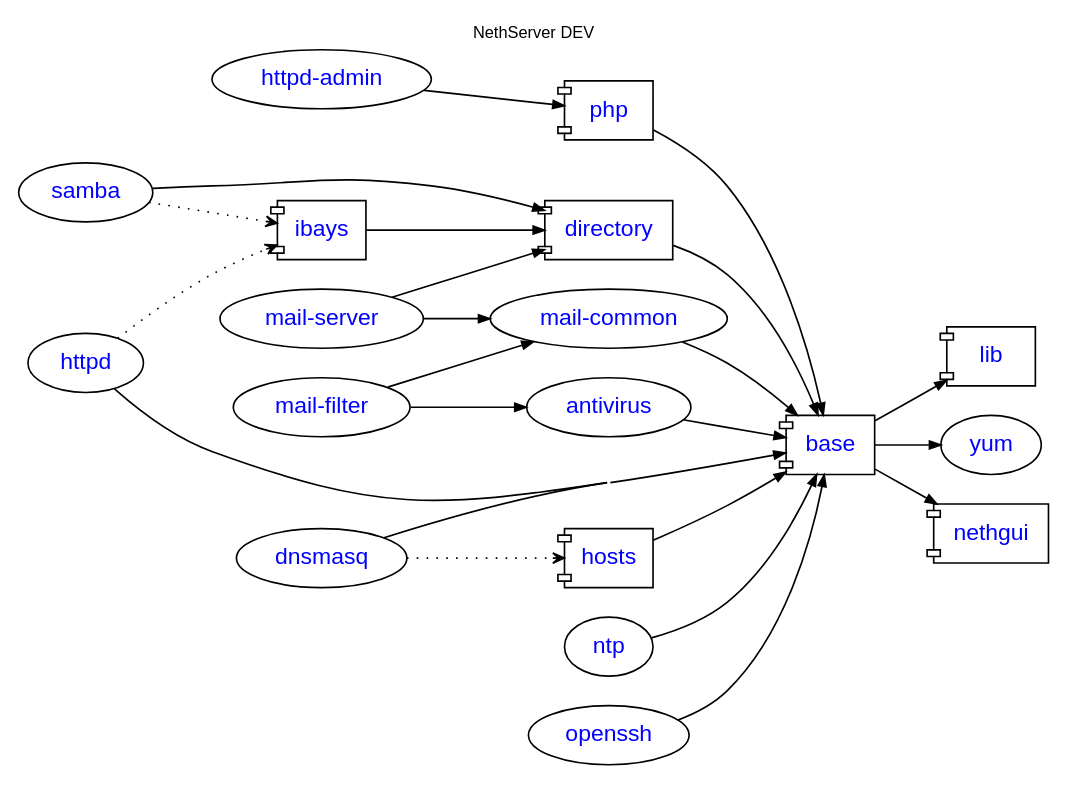
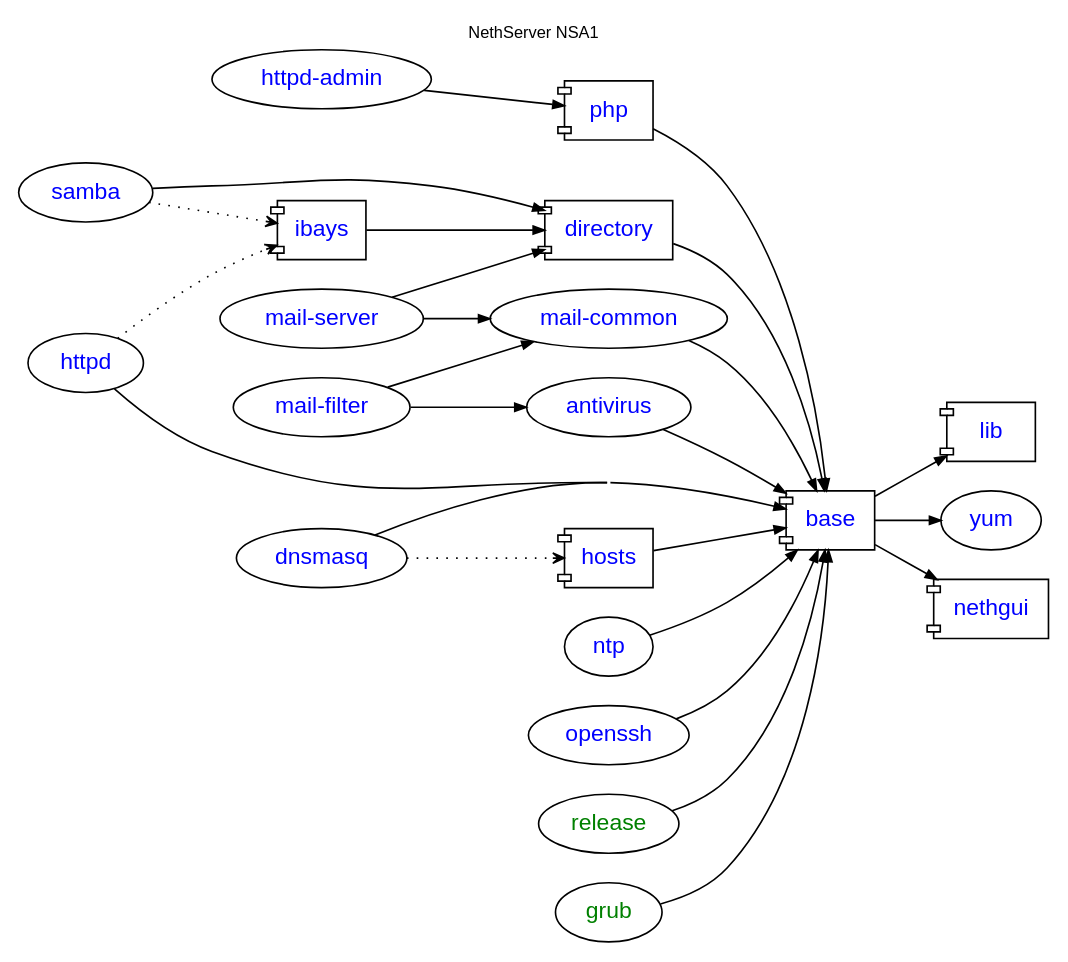
One commit to nethesis/dev-nethesis-it changed the diagram in nethserver/package-dependencies.dot. Above: the diagram before and after it, drawn with Graphviz. The commit also changed 1 other file, not shown here.

Commit message:
package-dependencies.dot: Added release and grub nodes

```diff
--- a/nethserver/package-dependencies.dot
+++ b/nethserver/package-dependencies.dot
@@ -1,50 +1,54 @@
-digraph DEV {
-    rankdir = "LR"; compound = true; concentrate = true; fontname = "Helvetica"; fontnames="svg"; fontsize=10.0; label="NethServer DEV"; labelloc = "t"
+digraph NSA1 {
+    rankdir = "LR"; compound = true; concentrate = true; fontname = "Helvetica"; fontnames="svg"; fontsize=10.0; label="NethServer NSA1"; labelloc = "t"
 
     node [shape="oval",fontname="Helvetica"];
     edge [arrowsize=0.7];
 
     httpd_admin [fontcolor=blue,label="httpd-admin",URL="http://dev.nethesis.it/projects/nethserver-httpd-admin"];
     base [fontcolor=blue,URL="http://dev.nethesis.it/projects/nethserver-base",shape="component"];
     directory [fontcolor=blue,URL="http://dev.nethesis.it/projects/nethserver-directory",shape="component"];    
     samba [fontcolor=blue,URL="http://dev.nethesis.it/projects/nethserver-samba"];    
     ibays [fontcolor=blue,URL="http://dev.nethesis.it/projects/nethserver-ibays",shape="component"];    
     lib [fontcolor=blue,URL="http://dev.nethesis.it/projects/nethserver-lib",shape="component"];    
     httpd [fontcolor=blue,URL="http://dev.nethesis.it/projects/nethserver-httpd"];    
     hosts [fontcolor=blue,URL="http://dev.nethesis.it/projects/nethserver-hosts",shape="component"];
     php [fontcolor=blue,URL="http://dev.nethesis.it/projects/nethserver-php",shape="component"];
     yum [fontcolor=blue,URL="http://dev.nethesis.it/projects/nethserver-yum"];
     ntp [fontcolor=blue,URL="http://dev.nethesis.it/projects/nethserver-ntp"];
     dnsmasq [fontcolor=blue,URL="http://dev.nethesis.it/projects/nethserver-dnsmasq"];
     mails [label="mail-server",fontcolor=blue,URL="http://dev.nethesis.it/projects/nethserver-mail-server"];
     mailf [label="mail-filter",fontcolor=blue,URL="http://dev.nethesis.it/projects/nethserver-mail-filter"];
     mailc [label="mail-common",fontcolor=blue,URL="http://dev.nethesis.it/projects/nethserver-mail-common"];
     nethgui [fontcolor=blue,URL="http://dev.nethesis.it/projects/nethgui",shape="component"];    
     openssh [fontcolor=blue,URL="http://dev.nethesis.it/projects/nethserver-openssh"];
     antivirus [fontcolor=blue,URL="http://dev.nethesis.it/projects/nethserver-antivirus"];
 
-               
+    release [fontcolor=green,URL="https://dev.nethesis.it/projects/nethserver-base/repository/nethserver-release"];
+    grub [fontcolor=green,URL="https://dev.nethesis.it/projects/nethserver-base/repository/nethserver-grub"];
+                   
     base -> lib
     base -> nethgui
     openssh -> base
     directory -> base
     samba -> directory
     ibays -> directory
     httpd -> base
     httpd -> ibays [style=dotted,arrowhead=vee];
     dnsmasq -> hosts [style=dotted,arrowhead=vee];
     dnsmasq -> base
     hosts -> base
     httpd_admin -> php
     samba -> ibays [style=dotted,arrowhead=vee];
     base -> yum
     ntp -> base
     php -> base
     mails -> directory
     mails -> mailc
     mailf -> mailc
     mailf -> antivirus
     mailc -> base
     antivirus -> base
+    release -> base
+    grub -> base
 
 }
```
